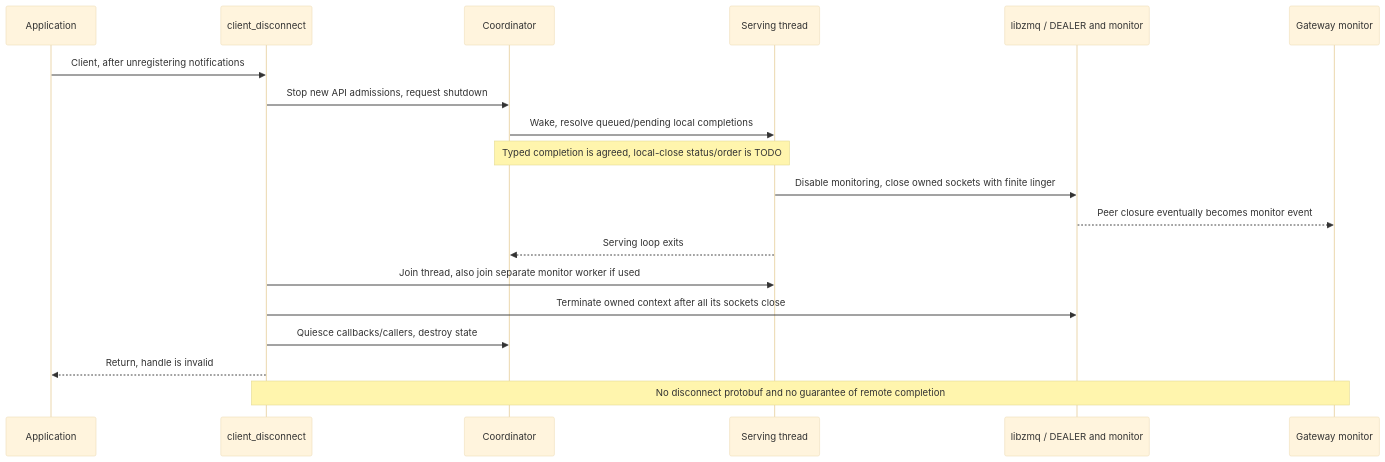
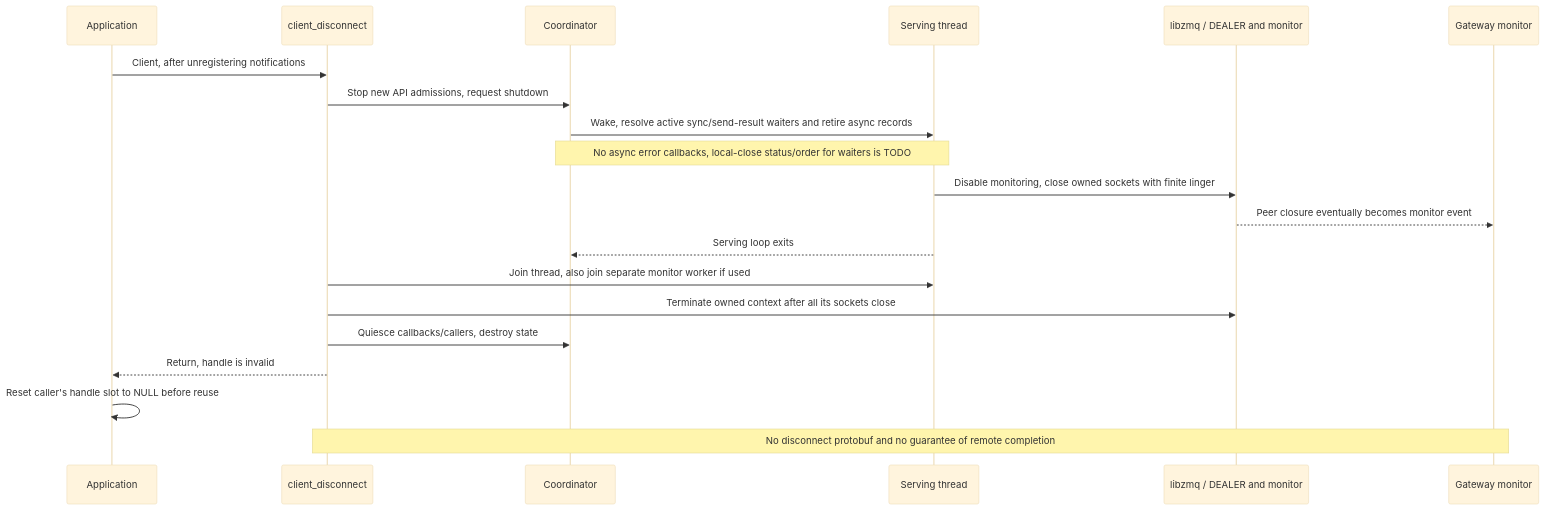
One commit to rdkcentral/eyil-secure-gateway changed diagram 14 of 29 in doc/EyilSecureGateway.md. Above: the diagram before and after it, drawn with Mermaid (base theme). The commit also changed other lines of this file, not shown here.

````diff
--- a/doc/EyilSecureGateway.md
+++ b/doc/EyilSecureGateway.md
@@ -1600,21 +1657,22 @@
 ```mermaid
 sequenceDiagram
     participant A as Application
     participant API as client_disconnect
     participant C as Coordinator
     participant IO as Serving thread
     participant Z as libzmq / DEALER and monitor
     participant G as Gateway monitor
     A->>API: Client, after unregistering notifications
     API->>C: Stop new API admissions, request shutdown
-    C->>IO: Wake, resolve queued/pending local completions
-    Note over C,IO: Typed completion is agreed, local-close status/order is TODO
+    C->>IO: Wake, resolve active sync/send-result waiters and retire async records
+    Note over C,IO: No async error callbacks, local-close status/order for waiters is TODO
     IO->>Z: Disable monitoring, close owned sockets with finite linger
     Z-->>G: Peer closure eventually becomes monitor event
     IO-->>C: Serving loop exits
     API->>IO: Join thread, also join separate monitor worker if used
     API->>Z: Terminate owned context after all its sockets close
     API->>C: Quiesce callbacks/callers, destroy state
     API-->>A: Return, handle is invalid
+    A->>A: Reset caller's handle slot to NULL before reuse
     Note over API,G: No disconnect protobuf and no guarantee of remote completion
 ```
````
